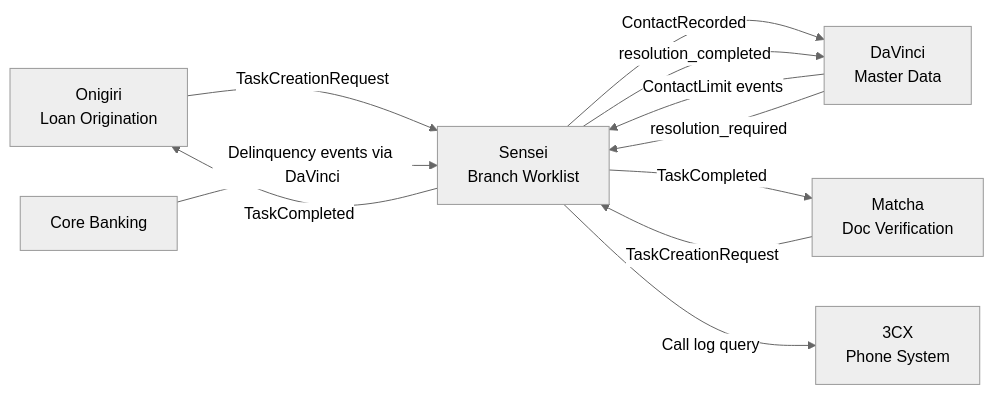
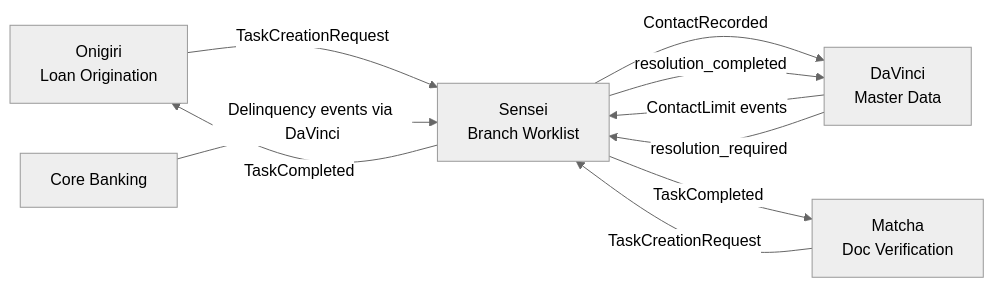
One commit to ploypapasaph-commits/to_do_list changed the third of 3 diagrams in product/operations/sensei/PRODUCT.md. Above: the diagram before and after it, drawn with Mermaid (neutral theme). The commit also changed other lines of this file and 3 other files, not shown here.

````diff
--- a/product/operations/sensei/PRODUCT.md
+++ b/product/operations/sensei/PRODUCT.md
@@ -145,20 +145,18 @@
 ```mermaid
 graph LR
     Onigiri[Onigiri\nLoan Origination]
     Matcha[Matcha\nDoc Verification]
     DaVinci[DaVinci\nMaster Data]
     Sensei[Sensei\nBranch Worklist]
-    CX3[3CX\nPhone System]
     CoreBanking[Core Banking]
 
     Onigiri -->|TaskCreationRequest| Sensei
     Matcha -->|TaskCreationRequest| Sensei
     DaVinci -->|ContactLimit events| Sensei
     DaVinci -->|resolution_required| Sensei
     CoreBanking -->|Delinquency events via DaVinci| Sensei
     Sensei -->|ContactRecorded| DaVinci
     Sensei -->|resolution_completed| DaVinci
     Sensei -->|TaskCompleted| Onigiri
     Sensei -->|TaskCompleted| Matcha
-    Sensei -->|Call log query| CX3
 ```
````
